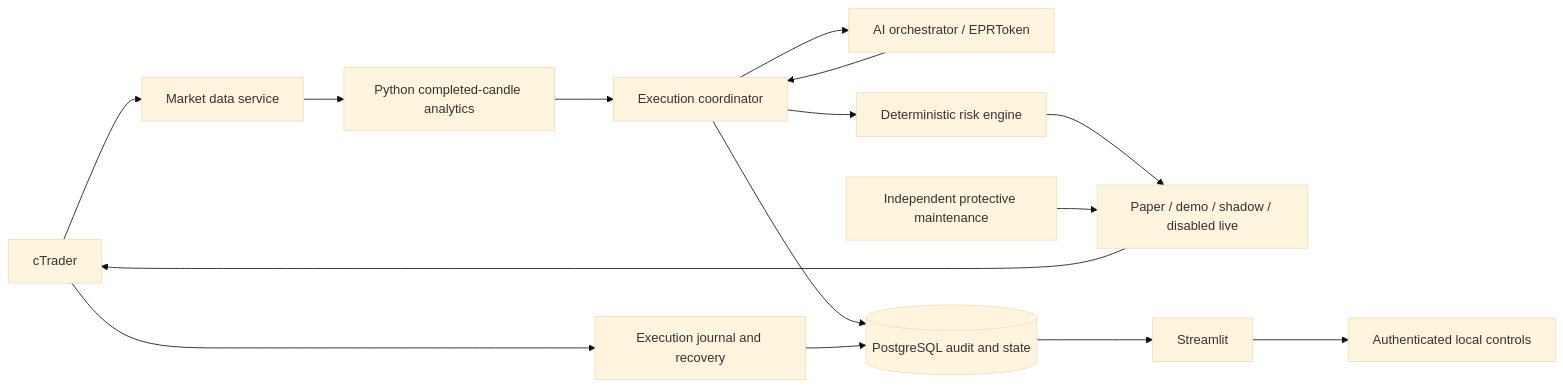
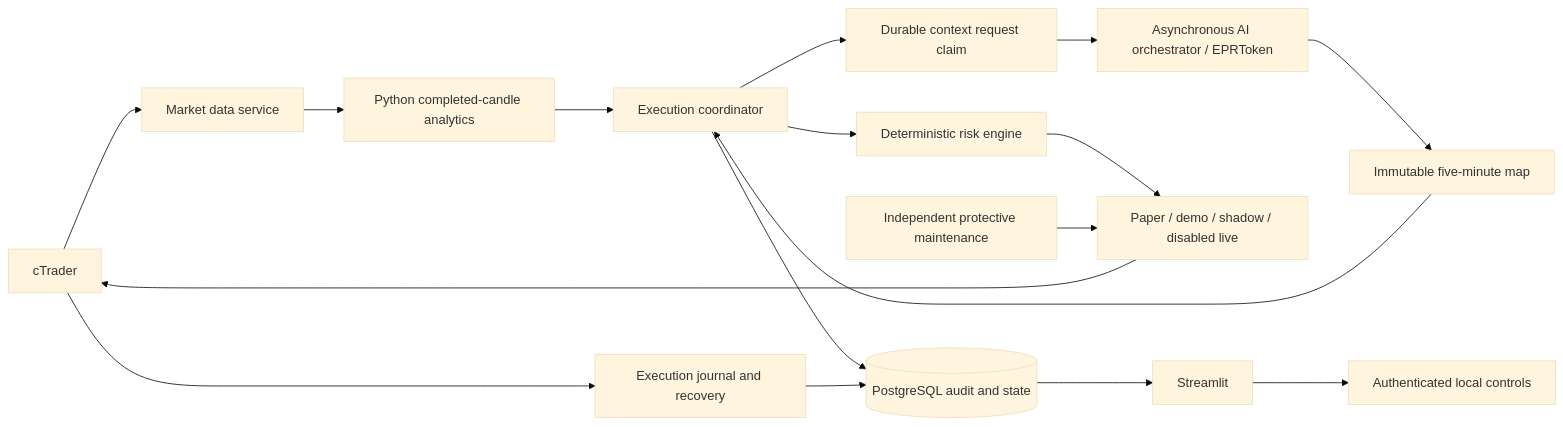
One commit to AegisFintech/scalping-bot changed the diagram in docs/architecture.md. Above: the diagram before and after it, drawn with Mermaid (base theme). The commit also changed other lines of this file and 49 other files, not shown here.

First line of the commit message:
Reuse bounded chart contexts for protected scalping execution (#181)

````diff
--- a/docs/architecture.md
+++ b/docs/architecture.md
@@ -17,17 +14,19 @@
 ```mermaid
 flowchart LR
   Broker[cTrader] --> Market[Market data service]
   Market --> Analytics[Python completed-candle analytics]
   Analytics --> Coordinator[Execution coordinator]
-  Coordinator --> AI[AI orchestrator / EPRToken]
-  AI --> Coordinator
+  Coordinator --> Claim[Durable context request claim]
+  Claim --> AI[Asynchronous AI orchestrator / EPRToken]
+  AI --> Context[Immutable five-minute map]
+  Context --> Coordinator
   Coordinator --> Risk[Deterministic risk engine]
   Risk --> Gateway[Paper / demo / shadow / disabled live]
   Gateway --> Broker
   Maintenance[Independent protective maintenance] --> Gateway
   Coordinator --> DB[(PostgreSQL audit and state)]
   Broker --> Journal[Execution journal and recovery]
   Journal --> DB
   DB --> UI[Streamlit]
   UI --> Controls[Authenticated local controls]
 ```
````
